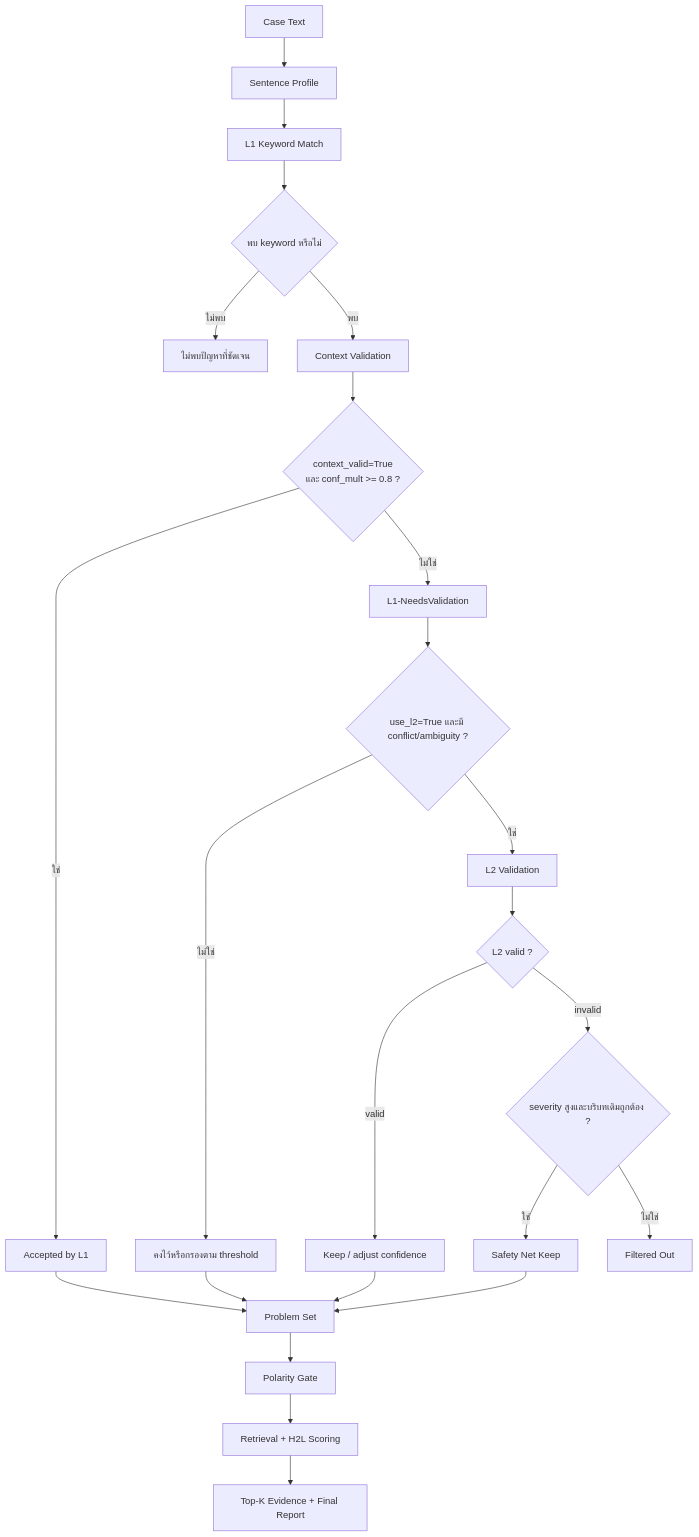
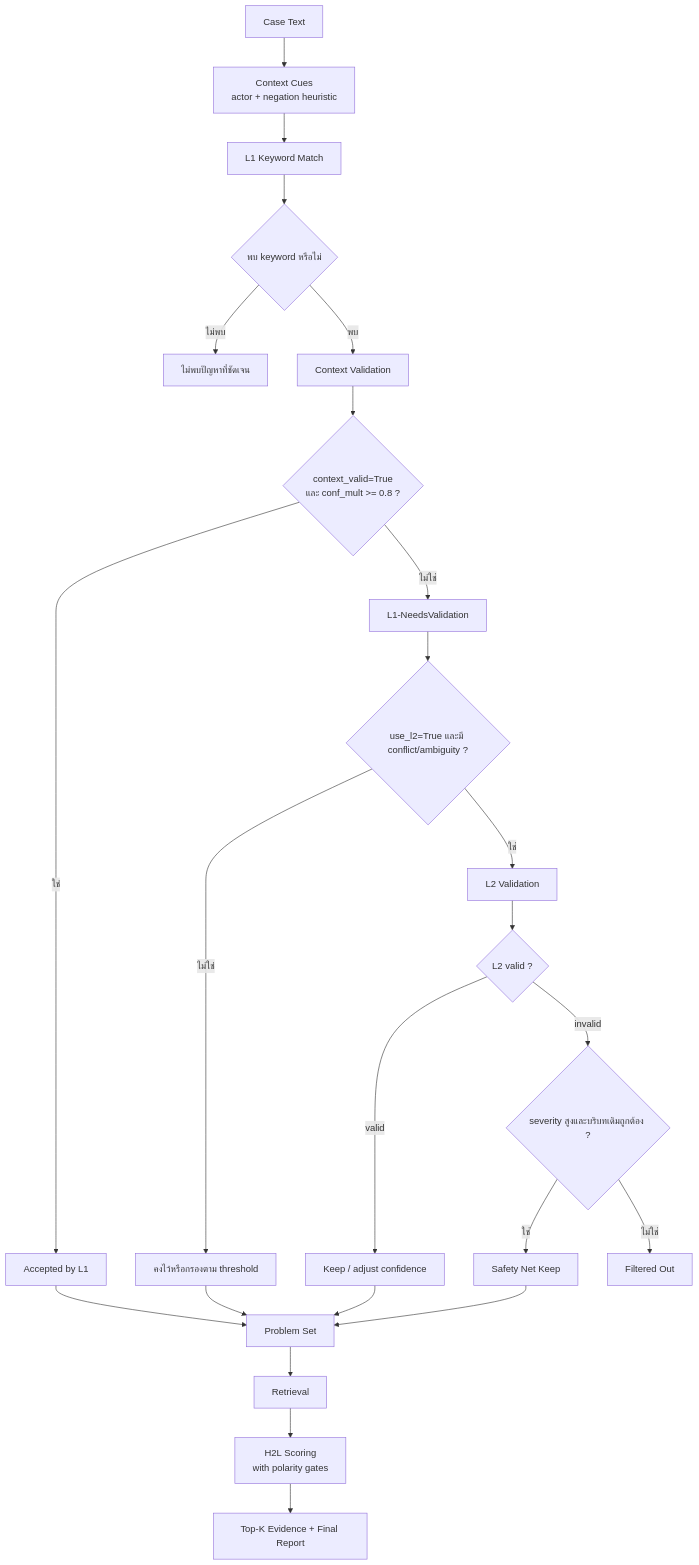
The third of 9 diagrams in md_report/thesis_full_ch3_methodology.md (Mickeychay/thesis_one-), drawn with Mermaid before and after one commit. The commit also changed other lines of this file and 8 other files, not shown here.

````diff
--- a/md_report/thesis_full_ch3_methodology.md
+++ b/md_report/thesis_full_ch3_methodology.md
@@ -88,26 +111,26 @@
 ```mermaid
 flowchart TD
-    A["Case Text"] --> B["Sentence Profile"]
+    A["Case Text"] --> B["Context Cues<br/>actor + negation heuristic"]
     B --> C["L1 Keyword Match"]
     C --> D{"พบ keyword หรือไม่"}
     D -->|ไม่พบ| Z["ไม่พบปัญหาที่ชัดเจน"]
     D -->|พบ| E["Context Validation"]
     E --> F{"context_valid=True<br/>และ conf_mult >= 0.8 ?"}
     F -->|ใช่| G["Accepted by L1"]
     F -->|ไม่ใช่| H["L1-NeedsValidation"]
     H --> I{"use_l2=True และมี conflict/ambiguity ?"}
     I -->|ไม่ใช่| J["คงไว้หรือกรองตาม threshold"]
     I -->|ใช่| K["L2 Validation"]
     K --> L{"L2 valid ?"}
     L -->|valid| M["Keep / adjust confidence"]
     L -->|invalid| N{"severity สูงและบริบทเดิมถูกต้อง ?"}
     N -->|ใช่| O["Safety Net Keep"]
     N -->|ไม่ใช่| P["Filtered Out"]
     G --> Q["Problem Set"]
     J --> Q
     M --> Q
     O --> Q
-    Q --> R["Polarity Gate"]
-    R --> S["Retrieval + H2L Scoring"]
+    Q --> R["Retrieval"]
+    R --> S["H2L Scoring<br/>with polarity gates"]
     S --> T["Top-K Evidence + Final Report"]
 ```
````
